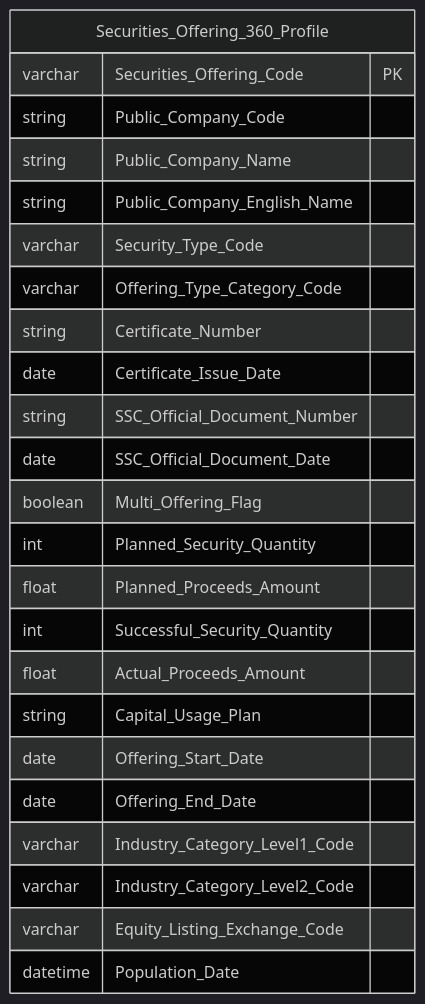
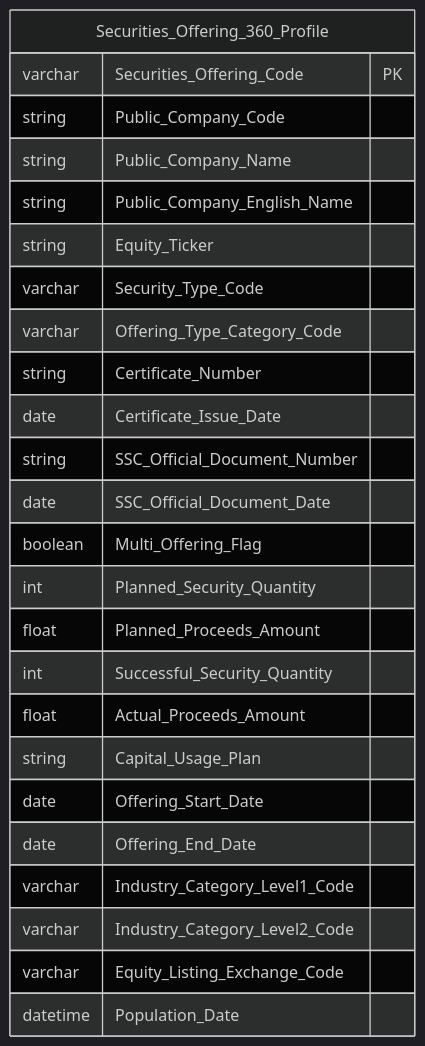
One commit to linhlvit/ubck_atomic_design changed the eighth of 14 diagrams in Gold/hld/GOLD_QLCB_HLD.md. Above: the diagram before and after it, drawn with Mermaid (dark theme). The commit also changed other lines of this file and 4 other files, not shown here.

````diff
--- a/Gold/hld/GOLD_QLCB_HLD.md
+++ b/Gold/hld/GOLD_QLCB_HLD.md
@@ -394,27 +397,28 @@
 ```mermaid
 erDiagram
     Securities_Offering_360_Profile {
         varchar Securities_Offering_Code PK
         string Public_Company_Code
         string Public_Company_Name
         string Public_Company_English_Name
+        string Equity_Ticker
         varchar Security_Type_Code
         varchar Offering_Type_Category_Code
         string Certificate_Number
         date Certificate_Issue_Date
         string SSC_Official_Document_Number
         date SSC_Official_Document_Date
         boolean Multi_Offering_Flag
         int Planned_Security_Quantity
         float Planned_Proceeds_Amount
         int Successful_Security_Quantity
         float Actual_Proceeds_Amount
         string Capital_Usage_Plan
         date Offering_Start_Date
         date Offering_End_Date
         varchar Industry_Category_Level1_Code
         varchar Industry_Category_Level2_Code
         varchar Equity_Listing_Exchange_Code
         datetime Population_Date
     }
 ```
````
